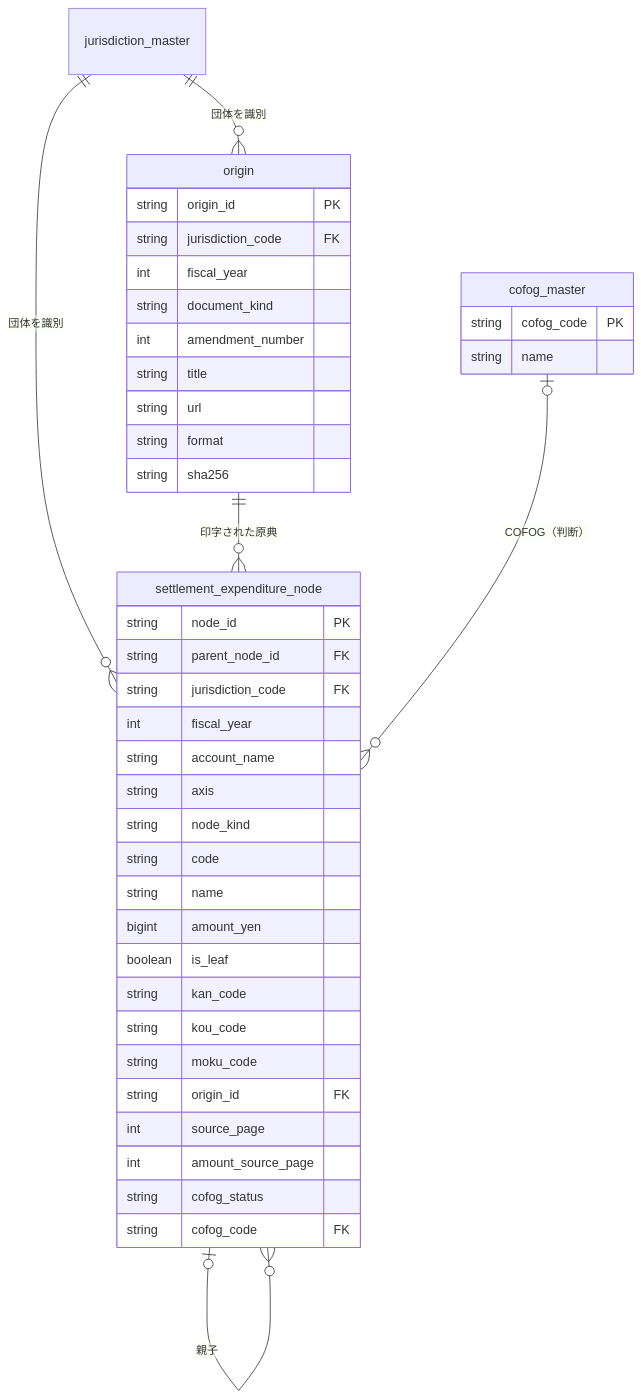
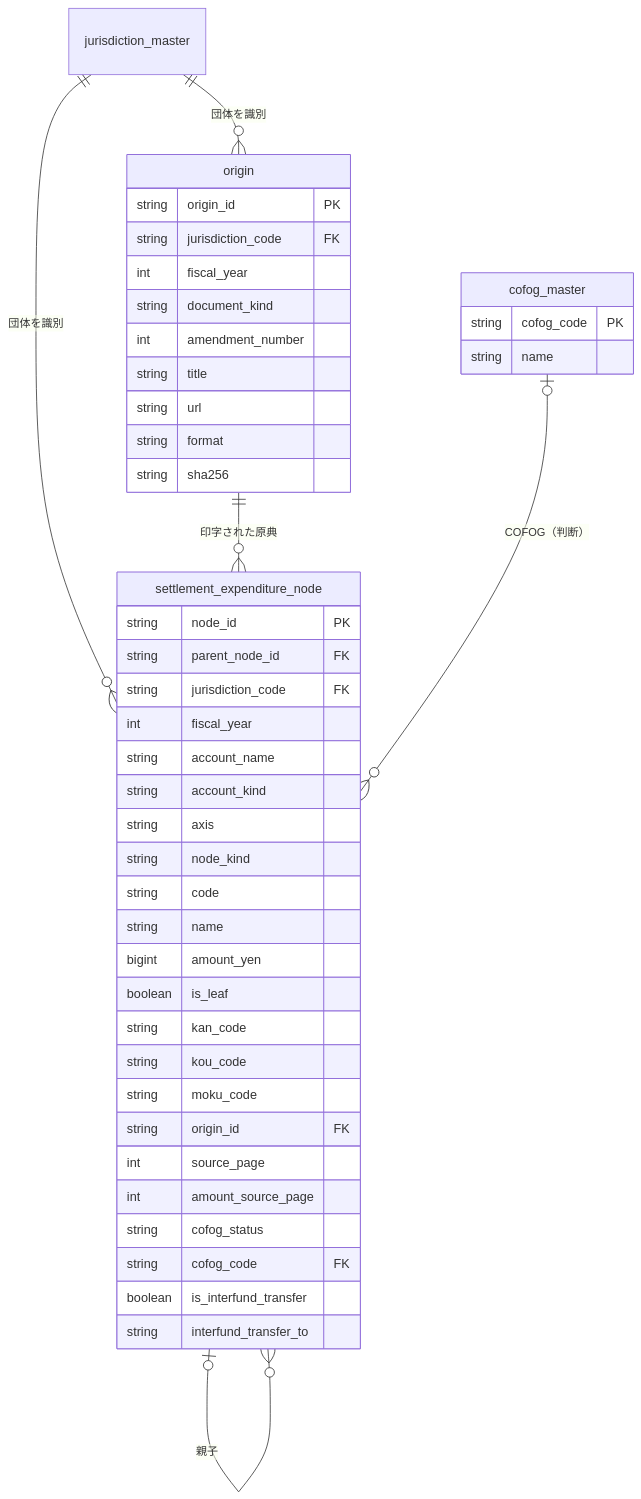
One commit to fudoki-hensansitu/fudoki changed the second of 2 diagrams in docs/prd/fiscal-dbt-models/design-doc.md. Above: the diagram before and after it, drawn with Mermaid. The commit also changed other lines of this file and 9 other files, not shown here.

````diff
--- a/docs/prd/fiscal-dbt-models/design-doc.md
+++ b/docs/prd/fiscal-dbt-models/design-doc.md
@@ -182,45 +182,48 @@
 ```mermaid
 erDiagram
   jurisdiction_master ||--o{ settlement_expenditure_node : "団体を識別"
   jurisdiction_master ||--o{ origin : "団体を識別"
   origin ||--o{ settlement_expenditure_node : "印字された原典"
   settlement_expenditure_node |o--o{ settlement_expenditure_node : "親子"
   cofog_master |o--o{ settlement_expenditure_node : "COFOG（判断）"
 
   settlement_expenditure_node {
     string node_id PK
     string parent_node_id FK
     string jurisdiction_code FK
     int fiscal_year
     string account_name
+    string account_kind
     string axis
     string node_kind
     string code
     string name
     bigint amount_yen
     boolean is_leaf
     string kan_code
     string kou_code
     string moku_code
     string origin_id FK
     int source_page
     int amount_source_page
     string cofog_status
     string cofog_code FK
+    boolean is_interfund_transfer
+    string interfund_transfer_to
   }
   origin {
     string origin_id PK
     string jurisdiction_code FK
     int fiscal_year
     string document_kind
     int amendment_number
     string title
     string url
     string format
     string sha256
   }
   cofog_master {
     string cofog_code PK
     string name
   }
 ```
````
